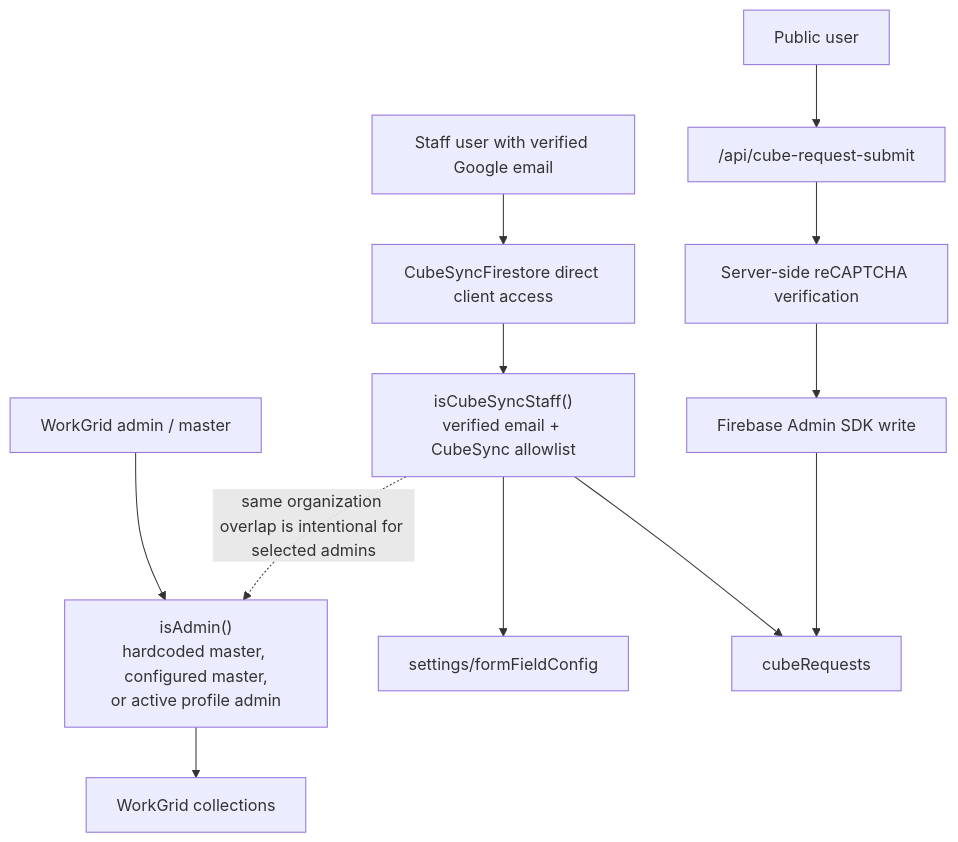
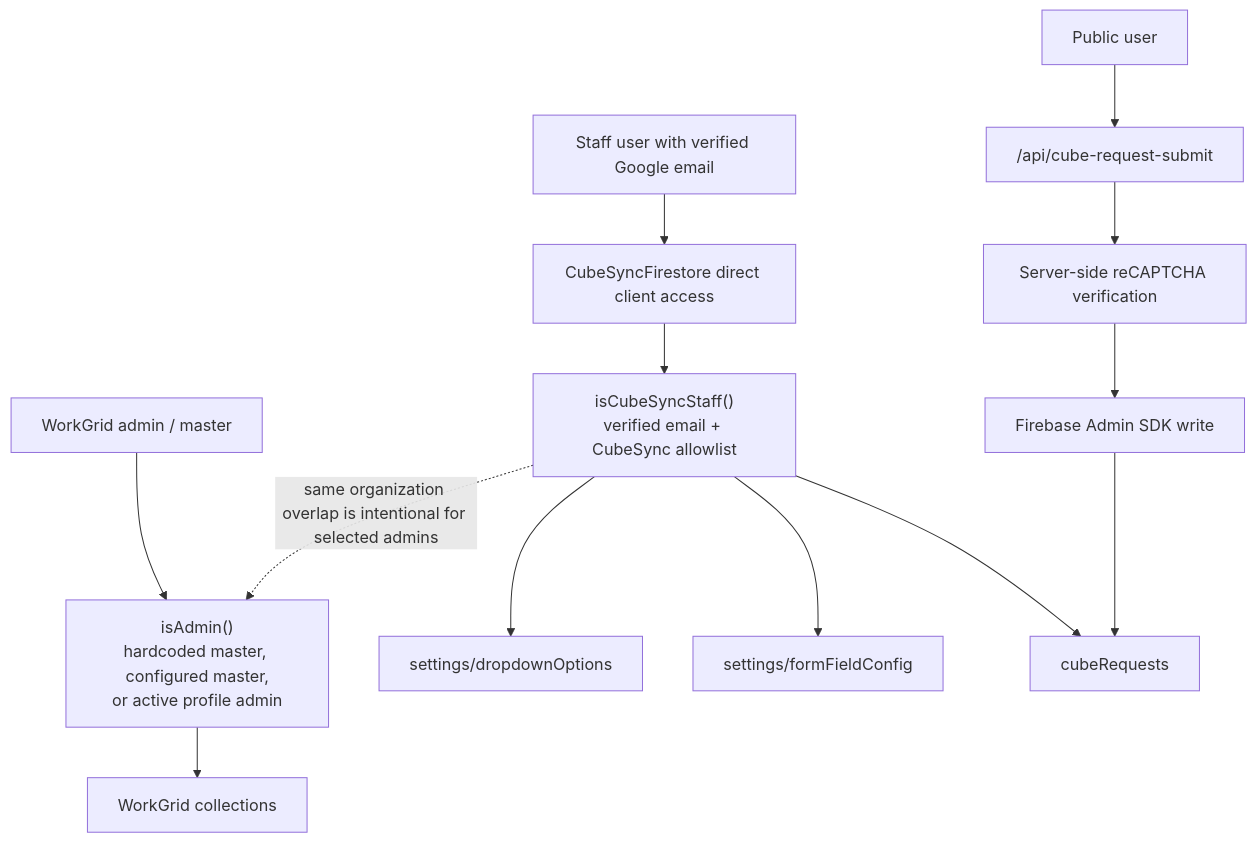
One commit to Yanguangchen/CubeSync changed the eighth of 8 diagrams in documentation/project-uml.md. Above: the diagram before and after it, drawn with Mermaid. The commit also changed other lines of this file and 12 other files, not shown here.

````diff
--- a/documentation/project-uml.md
+++ b/documentation/project-uml.md
@@ -609,21 +619,22 @@
 ```mermaid
 flowchart TB
     PublicUser["Public user"]
     StaffUser["Staff user with verified Google email"]
     WorkGridAdmin["WorkGrid admin / master"]
 
     PublicUser --> PublicApi["/api/cube-request-submit"]
     PublicApi --> CaptchaCheck["Server-side reCAPTCHA verification"]
     CaptchaCheck --> AdminWrite["Firebase Admin SDK write"]
     AdminWrite --> CubeRequests["cubeRequests"]
 
     StaffUser --> ClientFirestore["CubeSyncFirestore direct client access"]
     ClientFirestore --> CubeRules["isCubeSyncStaff()<br/>verified email + CubeSync allowlist"]
-    CubeRules --> CubeRequests
+    CubeRules --> CubeRequests["cubeRequests"]
     CubeRules --> FieldConfig["settings/formFieldConfig"]
+    CubeRules --> DropdownOptions["settings/dropdownOptions"]
 
     WorkGridAdmin --> WorkGridRules["isAdmin()<br/>hardcoded master, configured master,<br/>or active profile admin"]
     WorkGridRules --> WorkGridData["WorkGrid collections"]
 
     CubeRules -.->|"same organization overlap is intentional for selected admins"| WorkGridRules
 ```
````
